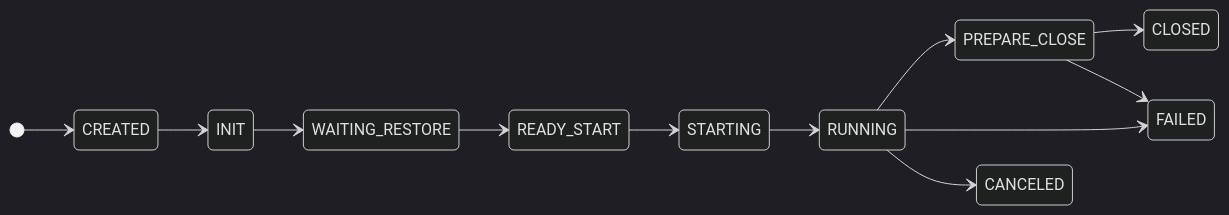
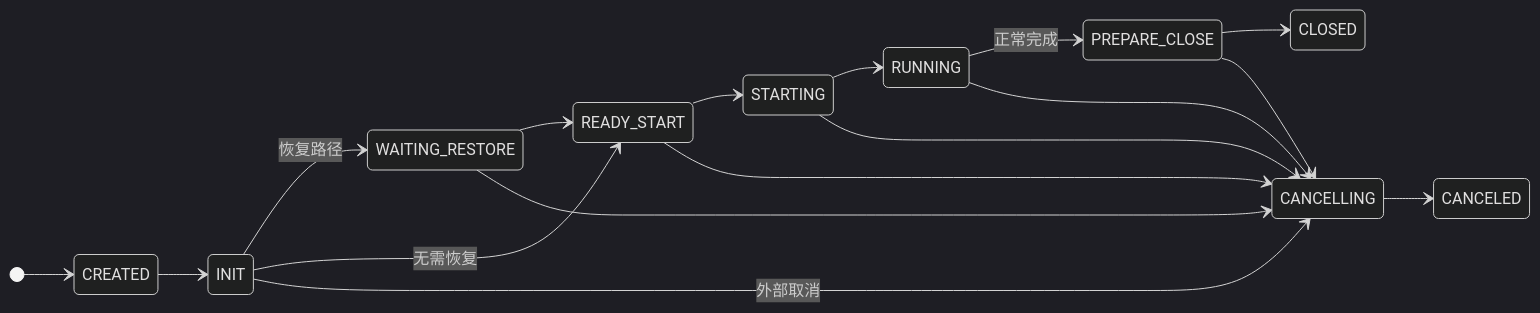
Before and after one commit to apache/seatunnel: the sixth of 7 diagrams in docs/zh/architecture/overview.md, drawn with Mermaid (dark theme). The commit also changed other lines of this file and 1 other file, not shown here.

Commit message:
[Docs] Align overview diagrams with runtime semantics

````diff
--- a/docs/zh/architecture/overview.md
+++ b/docs/zh/architecture/overview.md
@@ -270,15 +273,20 @@
 ```mermaid
 stateDiagram-v2
     direction LR
     [*] --> CREATED
     CREATED --> INIT
-    INIT --> WAITING_RESTORE
+    INIT --> WAITING_RESTORE: 恢复路径
+    INIT --> READY_START: 无需恢复
     WAITING_RESTORE --> READY_START
     READY_START --> STARTING
     STARTING --> RUNNING
-    RUNNING --> PREPARE_CLOSE
+    RUNNING --> PREPARE_CLOSE: 正常完成
     PREPARE_CLOSE --> CLOSED
-    RUNNING --> FAILED
-    PREPARE_CLOSE --> FAILED
-    RUNNING --> CANCELED
+    INIT --> CANCELLING: 外部取消
+    WAITING_RESTORE --> CANCELLING
+    READY_START --> CANCELLING
+    STARTING --> CANCELLING
+    RUNNING --> CANCELLING
+    PREPARE_CLOSE --> CANCELLING
+    CANCELLING --> CANCELED
 ```
````
